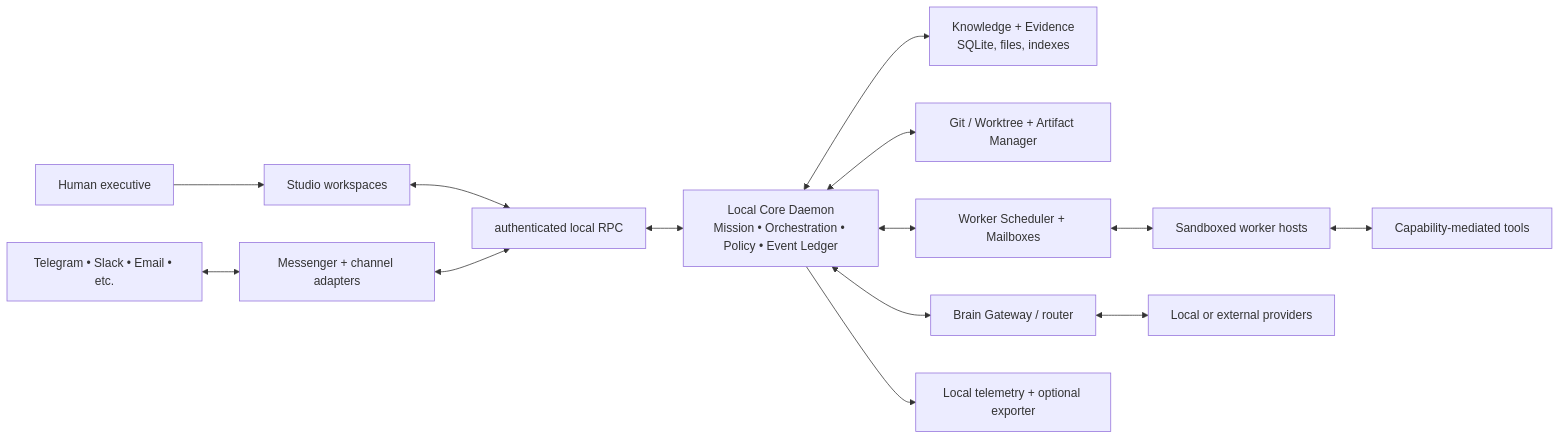
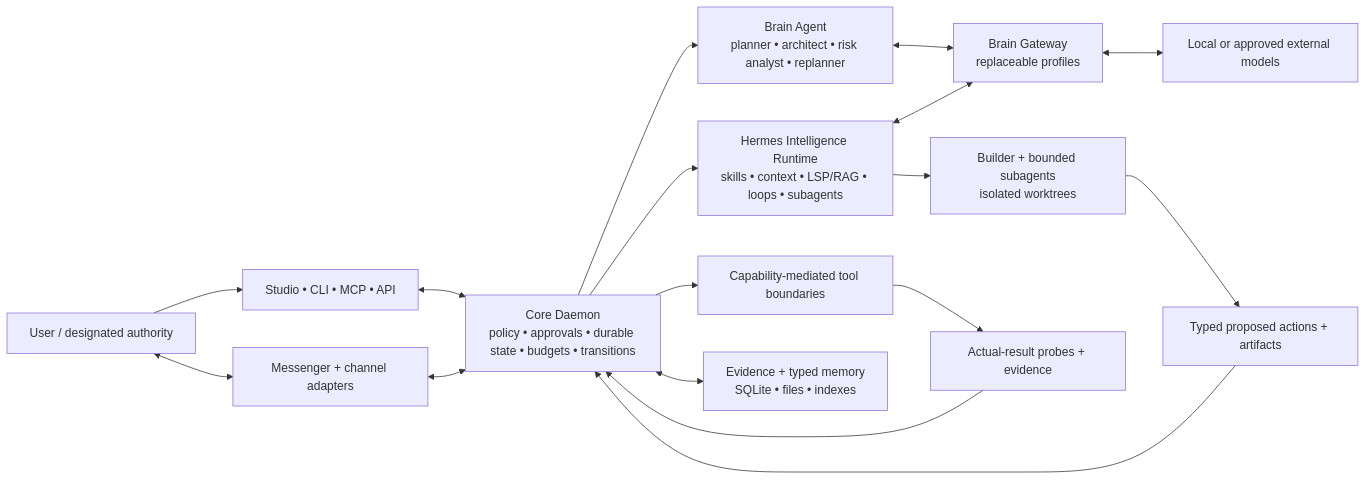
Before and after one commit to wepld/wepld: the diagram in docs/03_System_Architecture.md, drawn with Mermaid. The commit also changed other lines of this file and 46 other files, not shown here.

Commit message:
docs: define governed delivery and Hermes intelligence roadmap

```diff
--- a/docs/03_System_Architecture.md
+++ b/docs/03_System_Architecture.md
@@ -23,16 +27,19 @@
 ~~~mermaid
 flowchart LR
-  Human["Human executive"] --> Studio["Studio workspaces"]
-  Studio <--> RPC["authenticated local RPC"]
-  Channels["Telegram • Slack • Email • etc."] <--> Messenger["Messenger + channel adapters"]
-  Messenger <--> RPC
-  RPC <--> Core["Local Core Daemon\nMission • Orchestration • Policy • Event Ledger"]
-  Core <--> Knowledge["Knowledge + Evidence\nSQLite, files, indexes"]
-  Core <--> Artifact["Git / Worktree + Artifact Manager"]
-  Core <--> Scheduler["Worker Scheduler + Mailboxes"]
-  Scheduler <--> Workers["Sandboxed worker hosts"]
-  Workers <--> Tools["Capability-mediated tools"]
-  Core <--> Brains["Brain Gateway / router"]
-  Brains <--> Providers["Local or external providers"]
-  Core --> Telemetry["Local telemetry + optional exporter"]
+  Human["User / designated authority"] --> Surfaces["Studio • CLI • MCP • API"]
+  Human <--> Messenger["Messenger + channel adapters"]
+  Surfaces <--> Core["Core Daemon\npolicy • approvals • durable state • budgets • transitions"]
+  Messenger <--> Core
+  Core --> BrainAgent["Brain Agent\nplanner • architect • risk analyst • replanner"]
+  BrainAgent <--> Gateway["Brain Gateway\nreplaceable profiles"]
+  Gateway <--> Providers["Local or approved external models"]
+  Core --> Hermes["Hermes Intelligence Runtime\nskills • context • LSP/RAG • loops • subagents"]
+  Hermes <--> Gateway
+  Hermes --> Workers["Builder + bounded subagents\nisolated worktrees"]
+  Workers --> Proposed["Typed proposed actions + artifacts"]
+  Proposed --> Core
+  Core --> Tools["Capability-mediated tool boundaries"]
+  Tools --> Probe["Actual-result probes + evidence"]
+  Probe --> Core
+  Core <--> Knowledge["Evidence + typed memory\nSQLite • files • indexes"]
 ~~~
```
